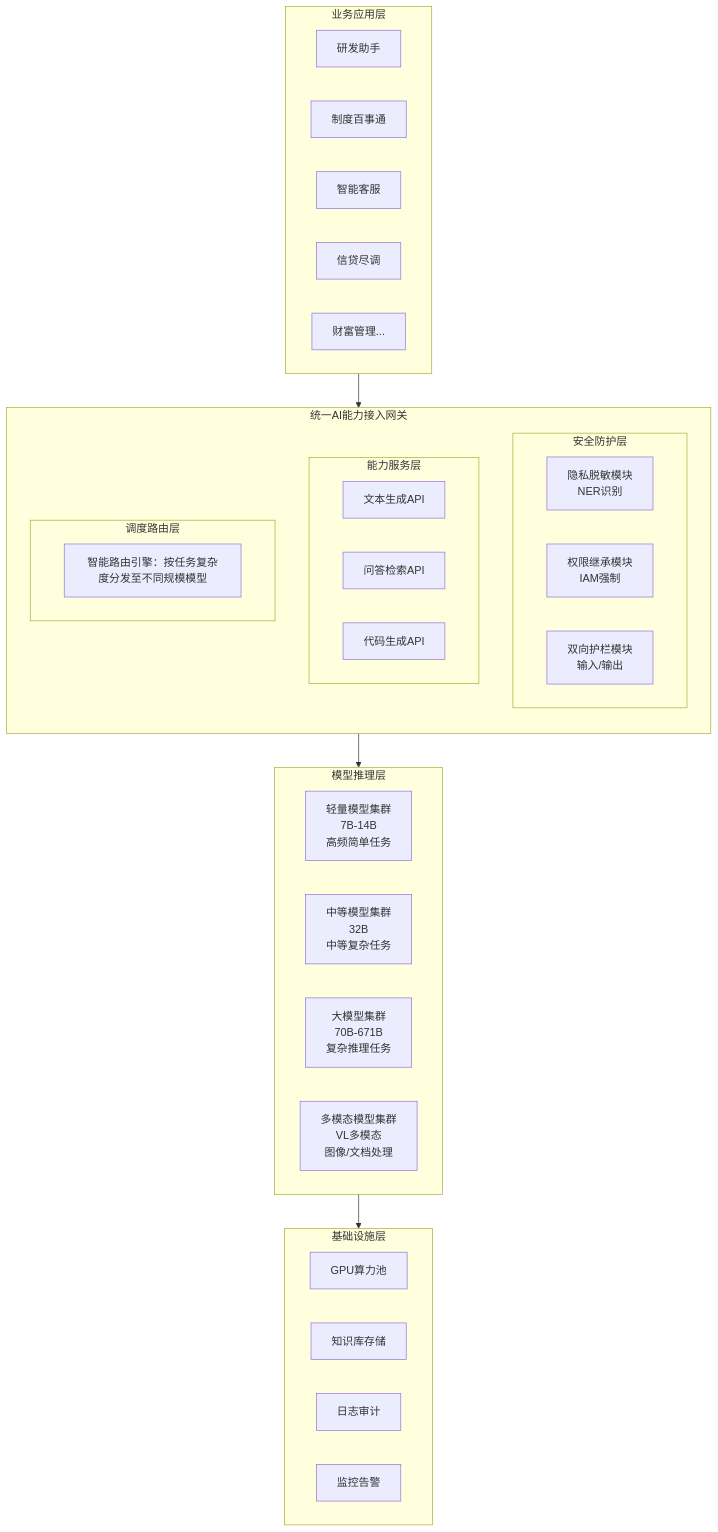
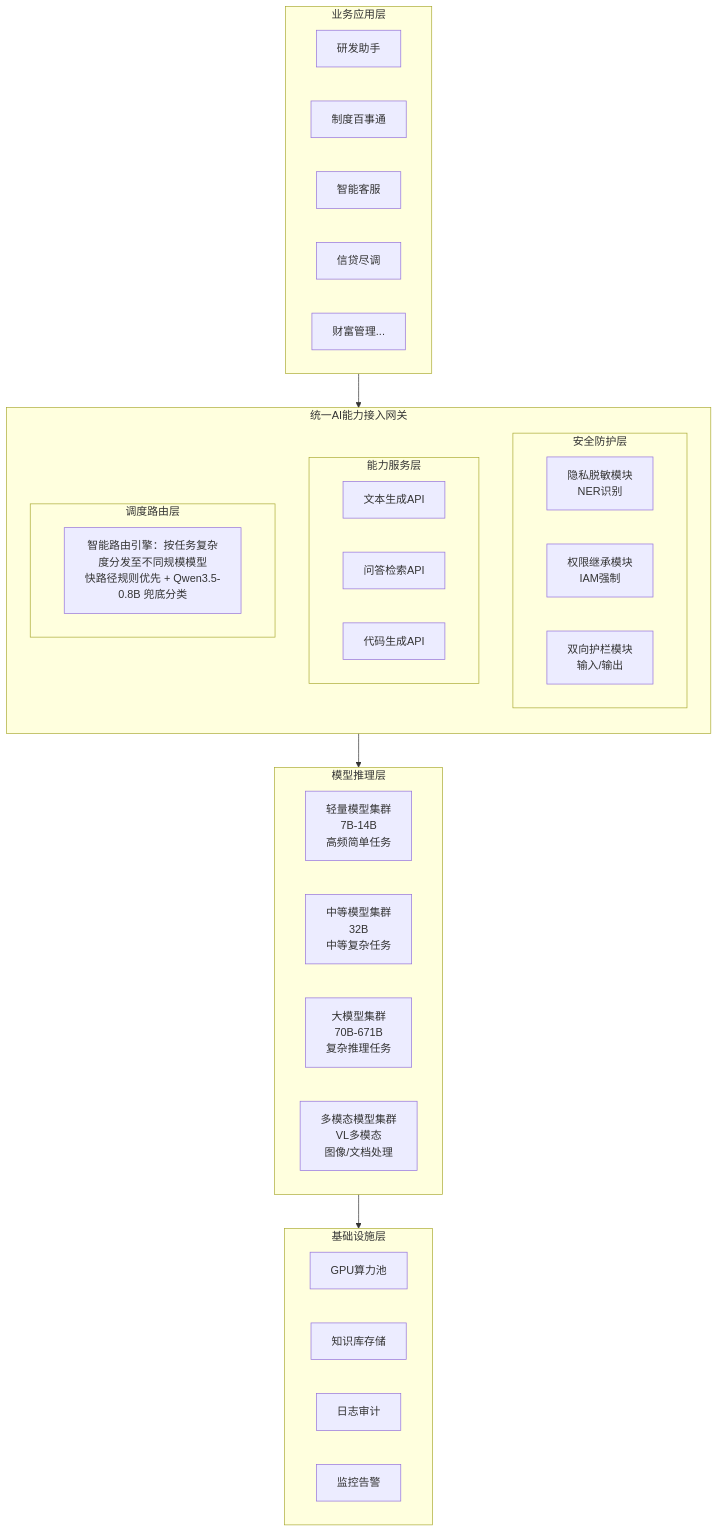
Before and after one commit to wonglaitung/splan: the first of 34 diagrams in 1. 银行大模型本地化落地与AI转型全景规划书.md, drawn with Mermaid. The commit also changed other lines of this file and 4 other files, not shown here.

````diff
--- a/1. 银行大模型本地化落地与AI转型全景规划书.md
+++ b/1. 银行大模型本地化落地与AI转型全景规划书.md
@@ -64,39 +64,39 @@
 ```mermaid
 flowchart TB
     subgraph L1["业务应用层"]
         A1["研发助手"]
         A2["制度百事通"]
         A3["智能客服"]
         A4["信贷尽调"]
         A5["财富管理..."]
     end
     subgraph GW["统一AI能力接入网关"]
         direction TB
         subgraph SEC["安全防护层"]
             S1["隐私脱敏模块<br/>NER识别"]
             S2["权限继承模块<br/>IAM强制"]
             S3["双向护栏模块<br/>输入/输出"]
         end
         subgraph SVC["能力服务层"]
             V1["文本生成API"]
             V2["问答检索API"]
             V3["代码生成API"]
         end
         subgraph RTE["调度路由层"]
-            R1["智能路由引擎：按任务复杂度分发至不同规模模型"]
+            R1["智能路由引擎：按任务复杂度分发至不同规模模型<br/>快路径规则优先 + Qwen3.5-0.8B 兜底分类"]
         end
     end
     subgraph L3["模型推理层"]
         M1["轻量模型集群<br/>7B-14B<br/>高频简单任务"]
         M2["中等模型集群<br/>32B<br/>中等复杂任务"]
         M3["大模型集群<br/>70B-671B<br/>复杂推理任务"]
         M4["多模态模型集群<br/>VL多模态<br/>图像/文档处理"]
     end
     subgraph L4["基础设施层"]
         I1["GPU算力池"]
         I2["知识库存储"]
         I3["日志审计"]
         I4["监控告警"]
     end
     L1 --> GW --> L3 --> L4
 ```
````
